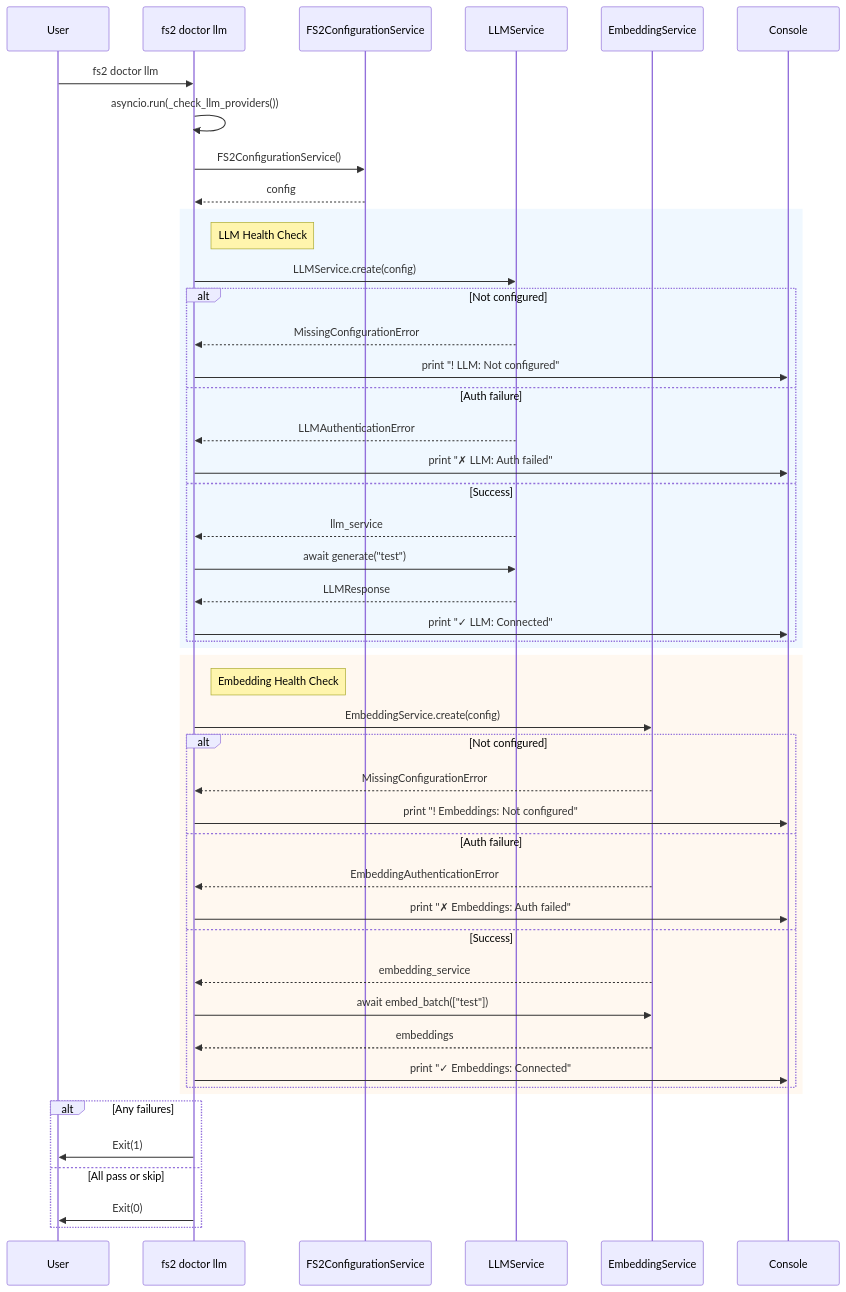
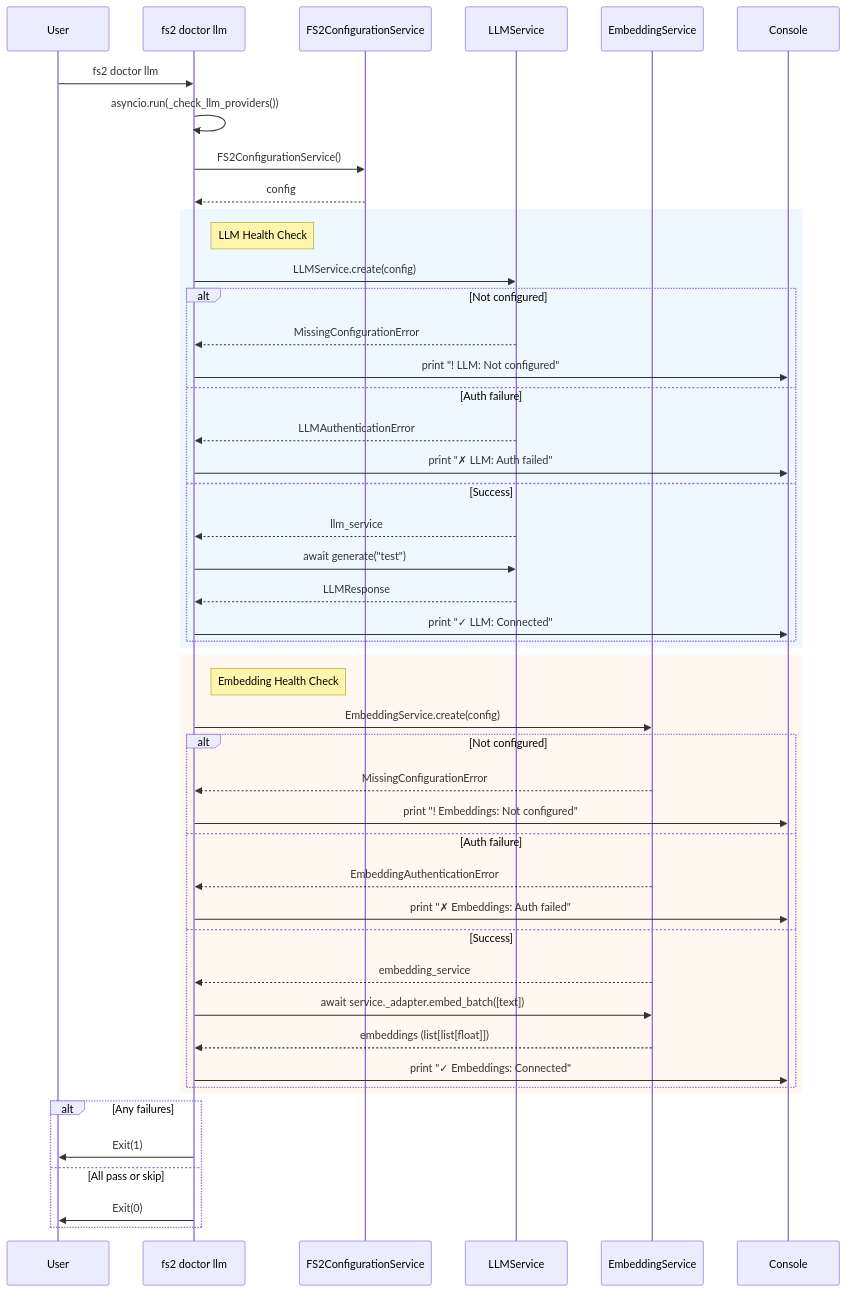
The third of 3 diagrams in docs/plans/017-doctor/tasks/phase-1-implementation/001-subtask-doctor-llm-provider-test.md (AI-Substrate/flow_squared), drawn with Mermaid before and after one commit. The commit also changed other lines of this file and 118 other files, not shown here.

````diff
--- a/docs/plans/017-doctor/tasks/phase-1-implementation/001-subtask-doctor-llm-provider-test.md
+++ b/docs/plans/017-doctor/tasks/phase-1-implementation/001-subtask-doctor-llm-provider-test.md
@@ -265,55 +265,55 @@
 ```mermaid
 sequenceDiagram
     participant User
     participant CLI as fs2 doctor llm
     participant Config as FS2ConfigurationService
     participant LLM as LLMService
     participant Embed as EmbeddingService
     participant Console
 
     User->>CLI: fs2 doctor llm
     CLI->>CLI: asyncio.run(_check_llm_providers())
 
     CLI->>Config: FS2ConfigurationService()
     Config-->>CLI: config
 
     rect rgb(240, 248, 255)
         note right of CLI: LLM Health Check
         CLI->>LLM: LLMService.create(config)
         alt Not configured
             LLM-->>CLI: MissingConfigurationError
             CLI->>Console: print "! LLM: Not configured"
         else Auth failure
             LLM-->>CLI: LLMAuthenticationError
             CLI->>Console: print "✗ LLM: Auth failed"
         else Success
             LLM-->>CLI: llm_service
             CLI->>LLM: await generate("test")
             LLM-->>CLI: LLMResponse
             CLI->>Console: print "✓ LLM: Connected"
         end
     end
 
     rect rgb(255, 248, 240)
         note right of CLI: Embedding Health Check
         CLI->>Embed: EmbeddingService.create(config)
         alt Not configured
             Embed-->>CLI: MissingConfigurationError
             CLI->>Console: print "! Embeddings: Not configured"
         else Auth failure
             Embed-->>CLI: EmbeddingAuthenticationError
             CLI->>Console: print "✗ Embeddings: Auth failed"
         else Success
             Embed-->>CLI: embedding_service
-            CLI->>Embed: await embed_batch(["test"])
-            Embed-->>CLI: embeddings
+            CLI->>Embed: await service._adapter.embed_batch([text])
+            Embed-->>CLI: embeddings (list[list[float]])
             CLI->>Console: print "✓ Embeddings: Connected"
         end
     end
 
     alt Any failures
         CLI->>User: Exit(1)
     else All pass or skip
         CLI->>User: Exit(0)
     end
 ```
````
